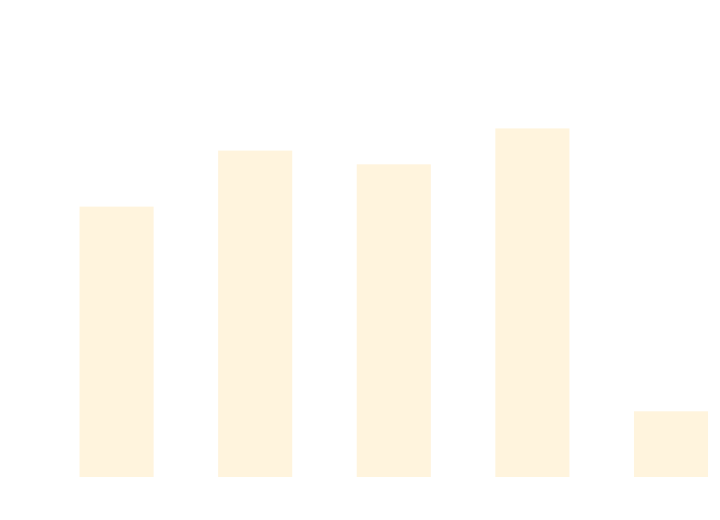
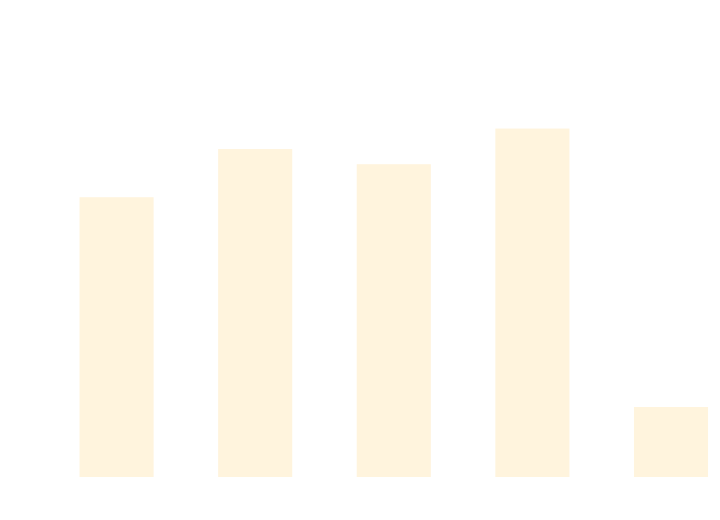
Before and after one commit to thomhurst/TUnit: the diagram in docs/docs/benchmarks/AsyncTests.md, drawn with Mermaid. The commit also changed other lines of this file and 17 other files, not shown here.

````diff
--- a/docs/docs/benchmarks/AsyncTests.md
+++ b/docs/docs/benchmarks/AsyncTests.md
@@ -27,37 +27,37 @@
 ```mermaid
 %%{init: {
   'theme':'base',
   'themeVariables': {
     'primaryColor': '#2563eb',
     'primaryTextColor': '#ffffff',
     'primaryBorderColor': '#1e40af',
     'lineColor': '#6b7280',
     'secondaryColor': '#7c3aed',
     'tertiaryColor': '#dc2626',
     'background': '#ffffff',
     'mainBkg': '#2563eb',
     'secondBkg': '#7c3aed',
     'tertiaryBkg': '#dc2626',
     'clusterBkg': '#f3f4f6',
     'edgeLabelBackground': '#ffffff',
     'tertiaryTextColor': '#1f2937',
     'pie1': '#2563eb',
     'pie2': '#7c3aed',
     'pie3': '#dc2626',
     'pie4': '#f59e0b',
     'pie5': '#10b981',
     'pie6': '#06b6d4',
     'pie7': '#ec4899',
     'pie8': '#6366f1',
     'pie9': '#84cc16',
     'pie10': '#f97316',
     'pie11': '#14b8a6',
     'pie12': '#a855f7'
   }
 }}%%
 xychart-beta
   title "AsyncTests Performance Comparison"
   x-axis ["TUnit", "NUnit", "MSTest", "xUnit3", "TUnit_AOT"]
-  y-axis "Time (ms)" 0 --> 884
-  bar [567.1, 688.2, 658.5, 736.1, 124.7]
+  y-axis "Time (ms)" 0 --> 825
+  bar [548.2, 645.4, 614.8, 686.7, 125.1]
 ```
````
